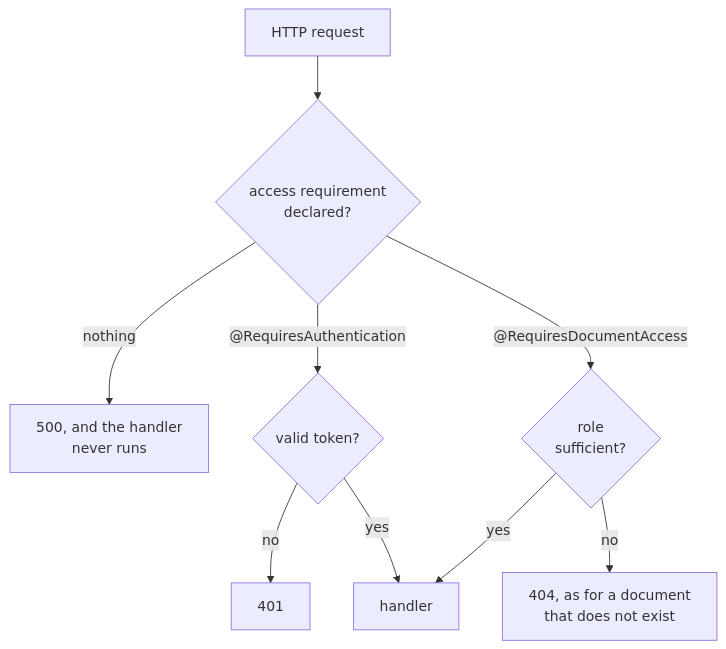
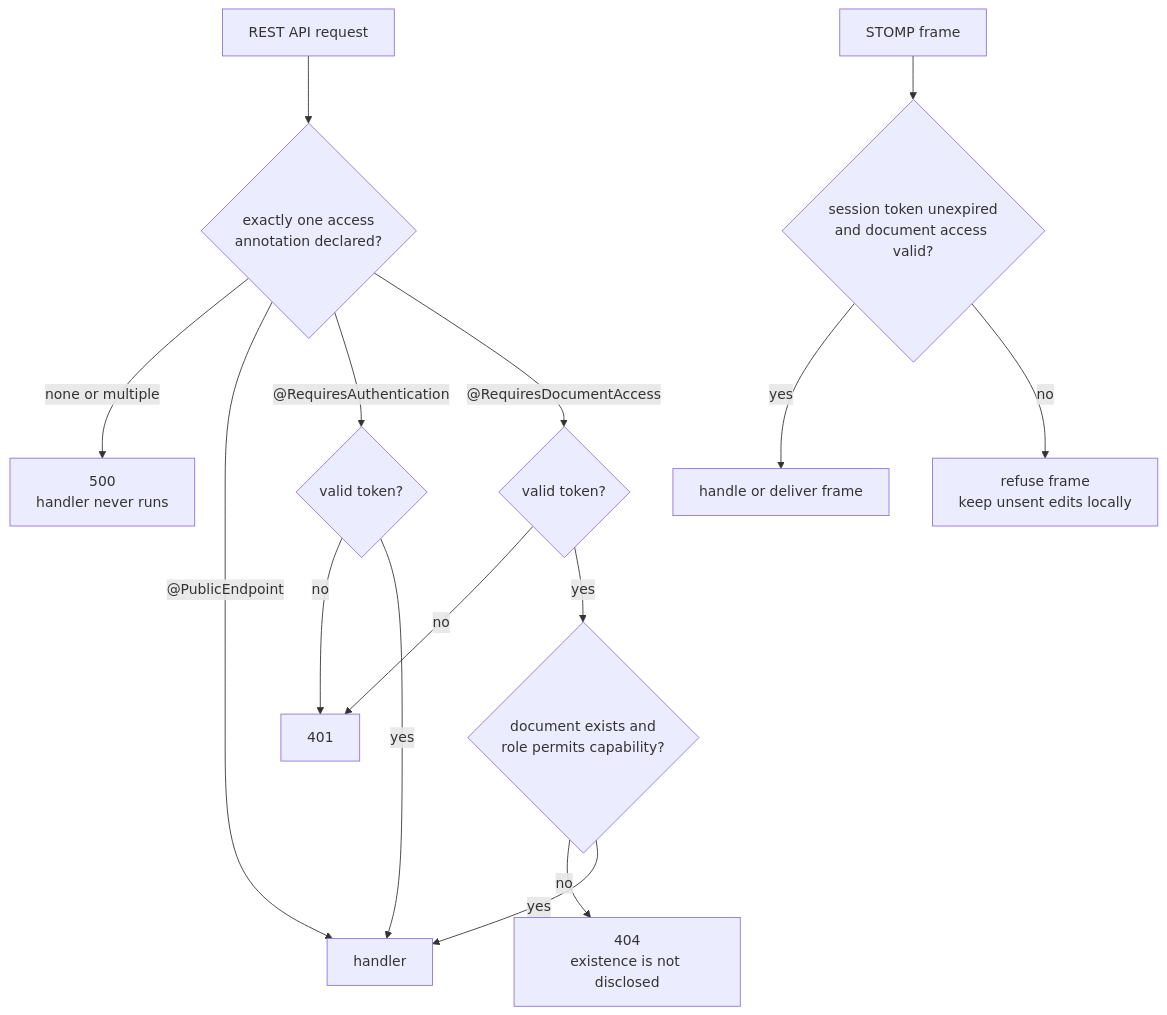
Before and after one commit to mblaszczykowski/Collaborative-Document-Editor: the diagram in docs/diagrams/authorization.mmd, drawn with Mermaid. The commit also changed 132 other files, not shown here.

```diff
--- a/docs/diagrams/authorization.mmd
+++ b/docs/diagrams/authorization.mmd
@@ -1,9 +1,15 @@
 flowchart TD
-    Req["HTTP request"] --> Q{"access requirement<br/>declared?"}
-    Q -->|nothing| Bug["500, and the handler<br/>never runs"]
+    Req["REST API request"] --> Q{"exactly one access<br/>annotation declared?"}
+    Q -->|none or multiple| Bug["500<br/>handler never runs"]
+    Q -->|"@PublicEndpoint"| H["handler"]
     Q -->|"@RequiresAuthentication"| Tok{"valid token?"}
-    Q -->|"@RequiresDocumentAccess"| Perm{"role<br/>sufficient?"}
+    Q -->|"@RequiresDocumentAccess"| DTok{"valid token?"}
     Tok -->|no| U["401"]
-    Perm -->|no| NF["404, as for a document<br/>that does not exist"]
-    Tok -->|yes| H["handler"]
+    DTok -->|no| U
+    Tok -->|yes| H
+    DTok -->|yes| Perm{"document exists and<br/>role permits capability?"}
+    Perm -->|no| NF["404<br/>existence is not disclosed"]
     Perm -->|yes| H
+    WS["STOMP frame"] --> WTok{"session token unexpired<br/>and document access valid?"}
+    WTok -->|yes| WH["handle or deliver frame"]
+    WTok -->|no| Deny["refuse frame<br/>keep unsent edits locally"]
```
